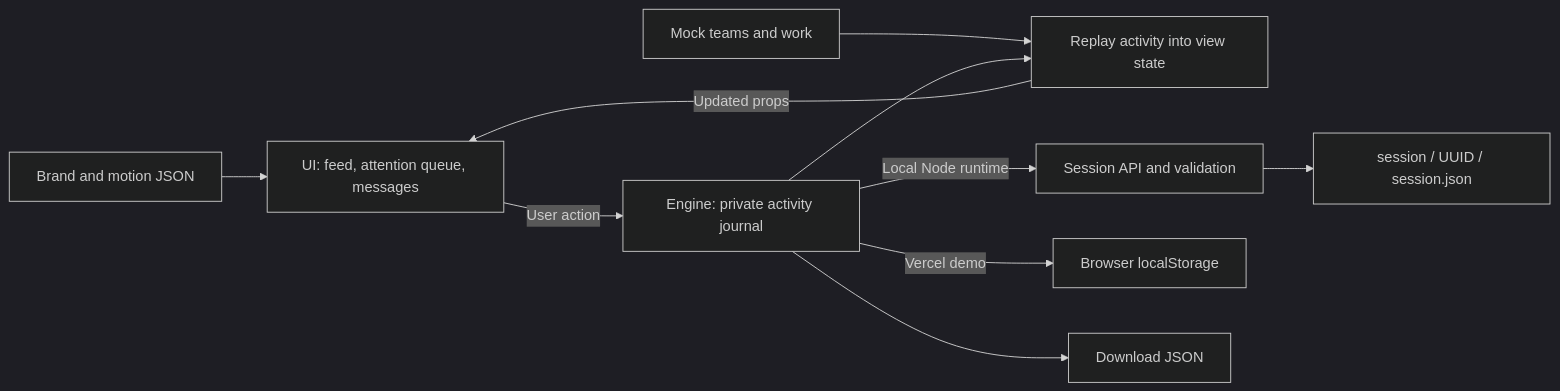
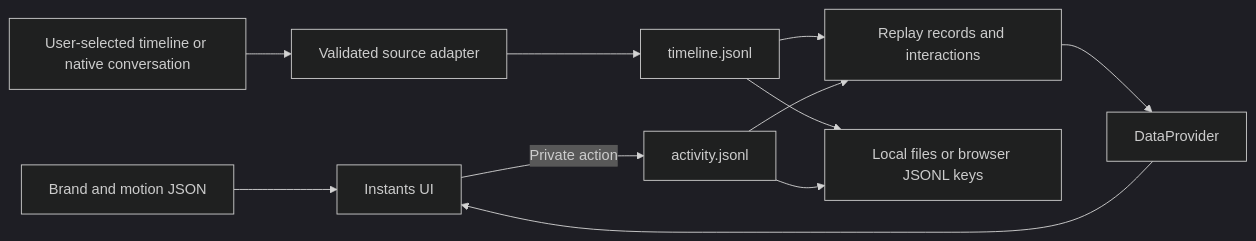
Before and after one commit to quirq-ai/instants: the diagram in docs/architecture.md, drawn with Mermaid (dark theme). The commit also changed other lines of this file and 47 other files, not shown here.

Commit message:
Implement two-log agent timeline and private activity engine

````diff
--- a/docs/architecture.md
+++ b/docs/architecture.md
@@ -10,12 +10,13 @@
 ```mermaid
 flowchart LR
-    brand["Brand and motion JSON"] --> ui["UI: feed, attention queue, messages"]
-    seed["Mock teams and work"] --> projection["Replay activity into view state"]
-    ui -->|"User action"| journal["Engine: private activity journal"]
-    journal --> projection
-    projection -->|"Updated props"| ui
-    journal -->|"Local Node runtime"| api["Session API and validation"]
-    api --> files["session / UUID / session.json"]
-    journal -->|"Vercel demo"| browser["Browser localStorage"]
-    journal --> download["Download JSON"]
+    brand["Brand and motion JSON"] --> ui["Instants UI"]
+    imports["User-selected timeline or native conversation"] --> parser["Validated source adapter"]
+    parser --> timeline["timeline.jsonl"]
+    timeline --> projection["Replay records and interactions"]
+    activity["activity.jsonl"] --> projection
+    projection --> provider["DataProvider"]
+    provider --> ui
+    ui -->|"Private action"| activity
+    timeline --> local["Local files or browser JSONL keys"]
+    activity --> local
 ```
````
